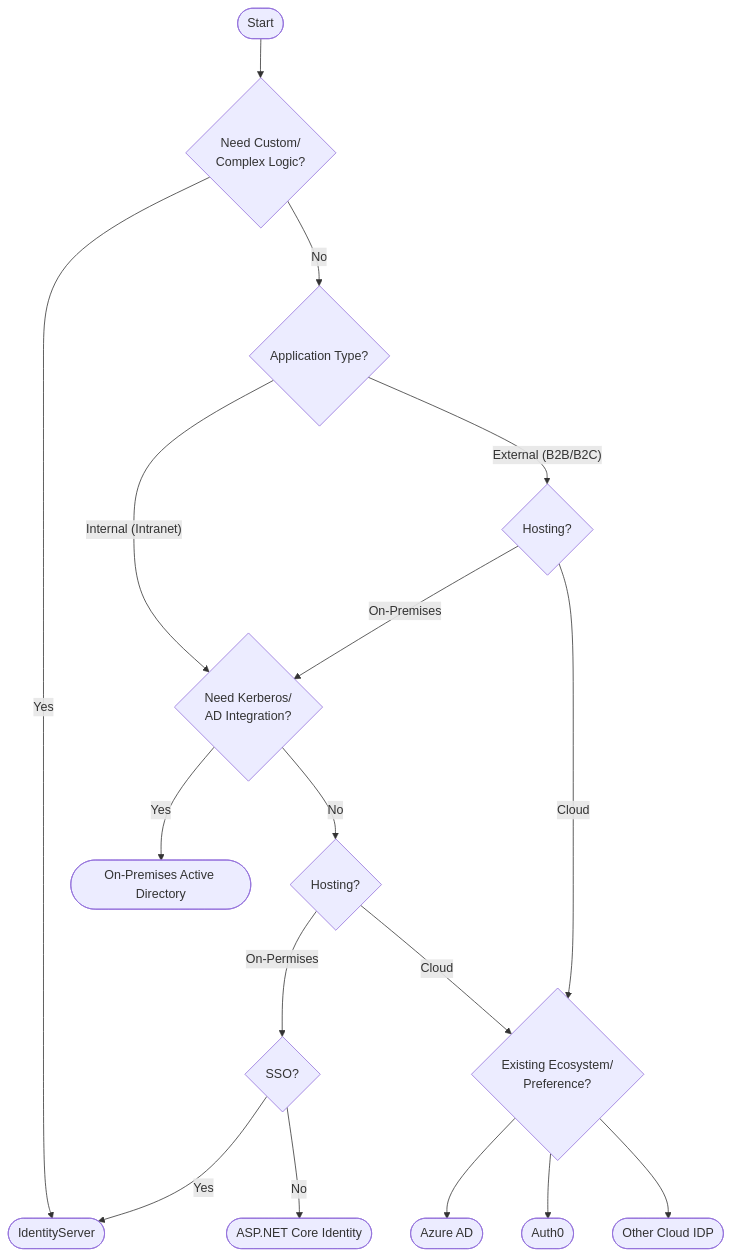
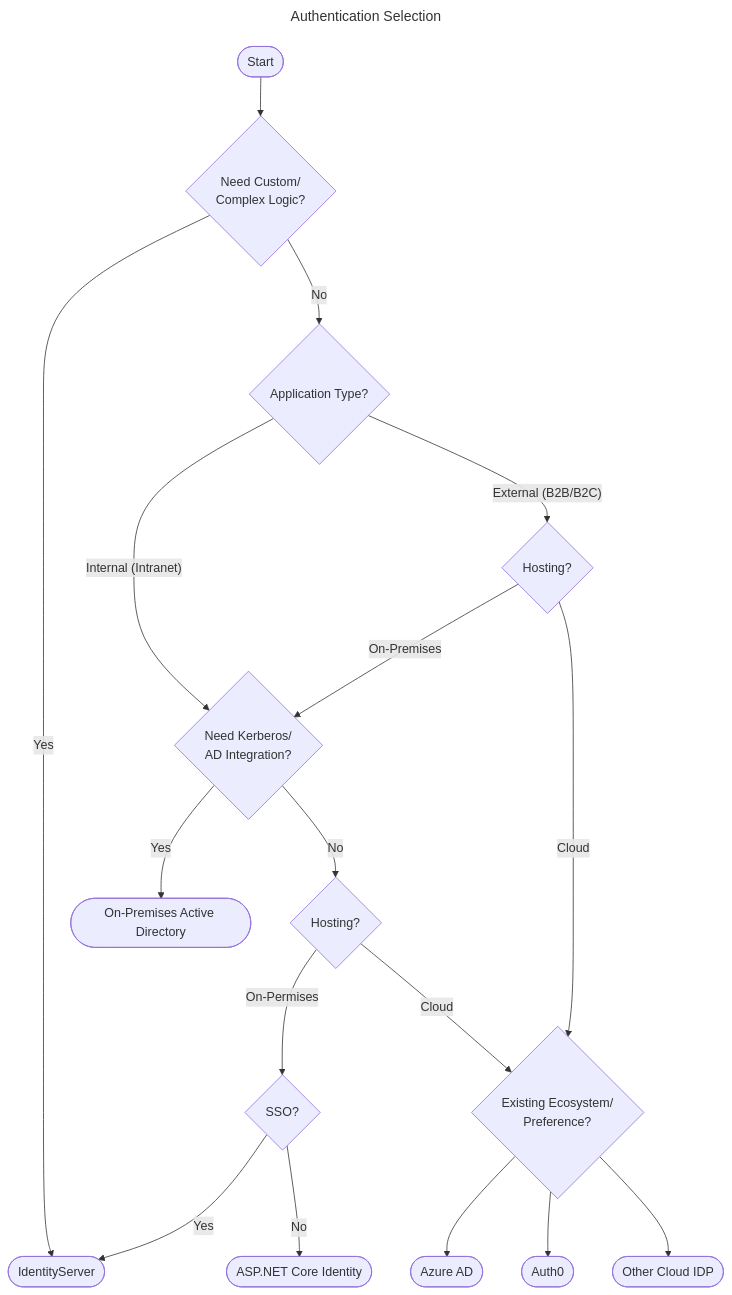
One commit to SSWConsulting/SSW.Rules.Content changed the diagram in rules/choosing-authentication/rule.md. Above: the diagram before and after it, drawn with Mermaid. The commit also changed other lines of this file, not shown here.

Commit message:
Update Rule “choosing-authentication/rule”

````diff
--- a/rules/choosing-authentication/rule.md
+++ b/rules/choosing-authentication/rule.md
@@ -56,27 +56,31 @@
 ```mermaid
+---
+type: diagram
+title: "Authentication Selection"
+---
 flowchart
 
  Start(["Start"]) --> CustomLogic{"Need Custom/\nComplex Logic?"}
  
  CustomLogic -->|"Yes"| IdentityServer(["IdentityServer"])
  CustomLogic -->|"No"| AppType{"Application Type?"}
  
  AppType -->|"Internal (Intranet)"| Kerberos{"Need Kerberos/\nAD Integration?"}
  AppType -->|"External (B2B/B2C)"| Hosting{"Hosting?"}
  
  KerberosHosting{"Hosting?"} -->|"On-Permises"| SingleApp{"SSO?"}
  KerberosHosting -->|"Cloud"| Ecosystem{"Existing Ecosystem/\nPreference?"}
  
  Kerberos -->|"No"| KerberosHosting
  Kerberos -->|"Yes"| OnPremAD(["On-Premises Active Directory"])
  
  Hosting -->|"On-Premises"| Kerberos
  Hosting -->|"Cloud"| Ecosystem
 
  Ecosystem --> Azure(["Azure AD"])
  Ecosystem --> Auth0(["Auth0"])
  Ecosystem --> OtherIDP(["Other Cloud IDP"]) 
  
  SingleApp -->|"Yes"| IdentityServer
  SingleApp -->|"No"| NETCORE(["ASP.NET Core Identity"])
-```  
+```
````
